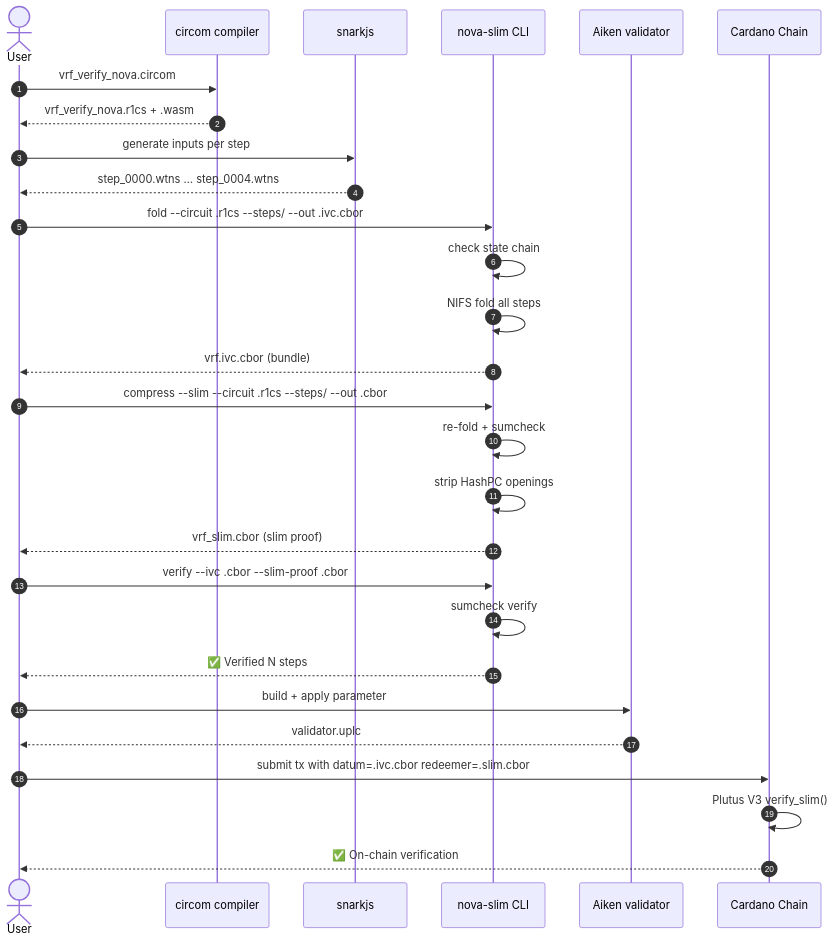
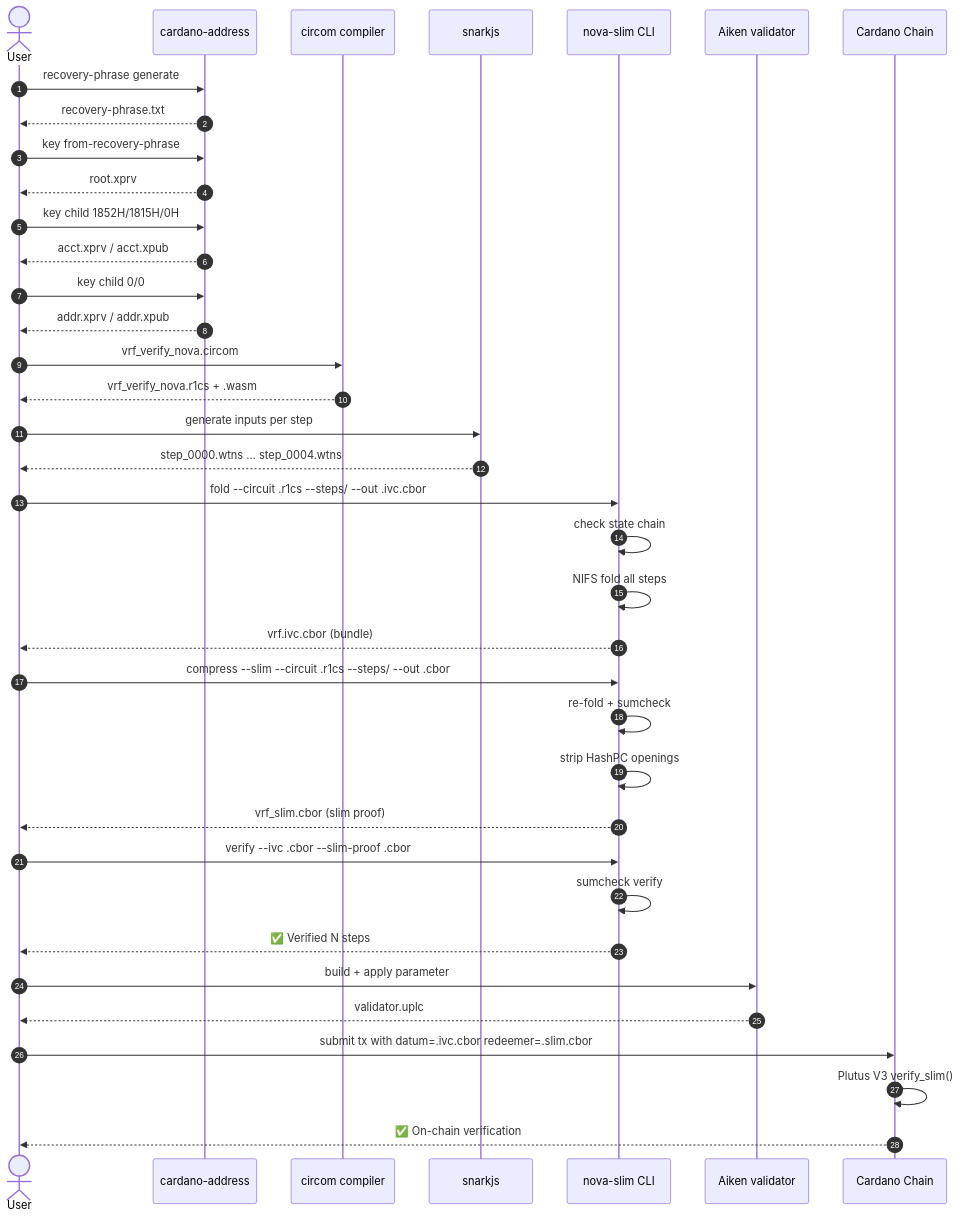
One commit to paweljakubas/nova-slim changed the second of 2 diagrams in cardano/cip197/E2E.md. Above: the diagram before and after it, drawn with Mermaid. The commit also changed other lines of this file and 14 other files, not shown here.

Commit message:
Complete e2e PoC: Aiken verifier compiles and passes tests; add cardano-address BIP32 derivation; fix PQ status in README

````diff
--- a/cardano/cip197/E2E.md
+++ b/cardano/cip197/E2E.md
@@ -208,37 +279,47 @@
 ```mermaid
 sequenceDiagram
     autonumber
     actor U as User
+    participant CA as cardano-address
     participant C as circom compiler
     participant S as snarkjs
     participant NS as nova-slim CLI
     participant A as Aiken validator
     participant CH as Cardano Chain
+
+    U->>CA: recovery-phrase generate
+    CA-->>U: recovery-phrase.txt
+    U->>CA: key from-recovery-phrase
+    CA-->>U: root.xprv
+    U->>CA: key child 1852H/1815H/0H
+    CA-->>U: acct.xprv / acct.xpub
+    U->>CA: key child 0/0
+    CA-->>U: addr.xprv / addr.xpub
 
     U->>C: vrf_verify_nova.circom
     C-->>U: vrf_verify_nova.r1cs + .wasm
 
     U->>S: generate inputs per step
     S-->>U: step_0000.wtns … step_0004.wtns
 
     U->>NS: fold --circuit .r1cs --steps/ --out .ivc.cbor
     NS->>NS: check state chain
     NS->>NS: NIFS fold all steps
     NS-->>U: vrf.ivc.cbor (bundle)
 
     U->>NS: compress --slim --circuit .r1cs --steps/ --out .cbor
     NS->>NS: re-fold + sumcheck
     NS->>NS: strip HashPC openings
     NS-->>U: vrf_slim.cbor (slim proof)
 
     U->>NS: verify --ivc .cbor --slim-proof .cbor
     NS->>NS: sumcheck verify
     NS-->>U: ✅ Verified N steps
 
     U->>A: build + apply parameter
     A-->>U: validator.uplc
 
     U->>CH: submit tx with datum=.ivc.cbor redeemer=.slim.cbor
     CH->>CH: Plutus V3 verify_slim()
     CH-->>U: ✅ On-chain verification
 ```
````
